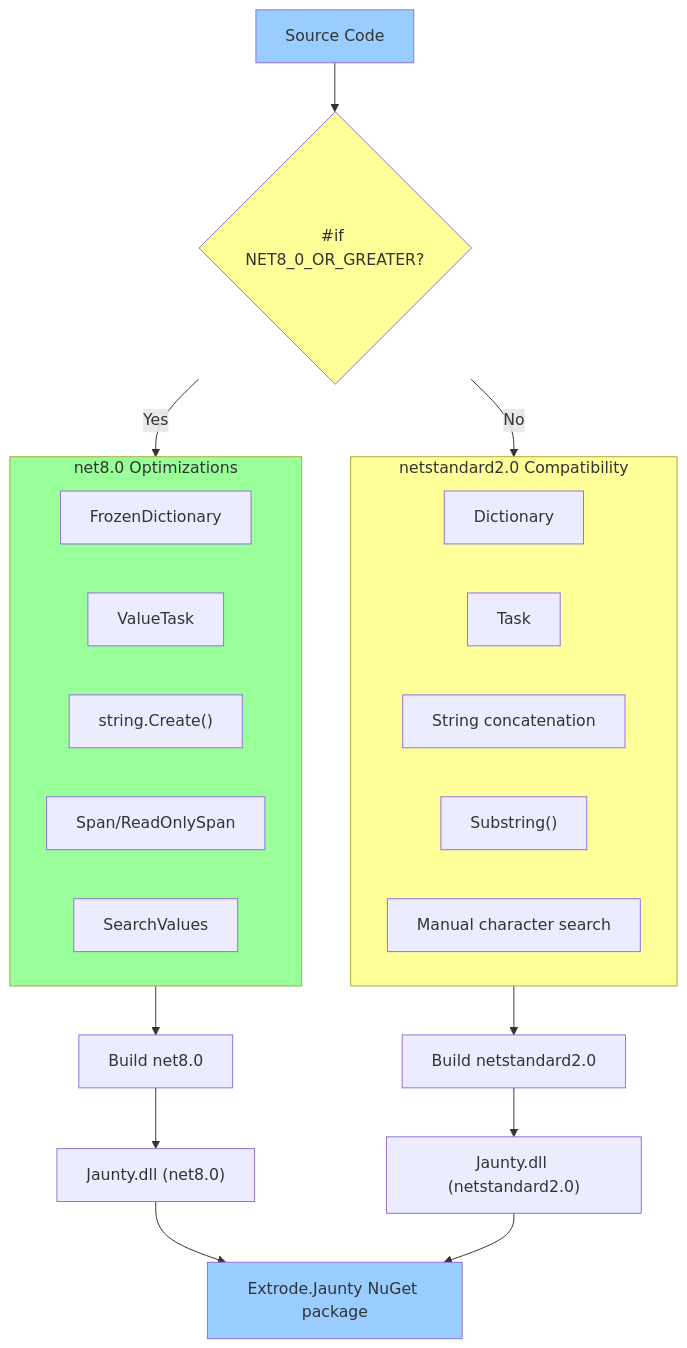
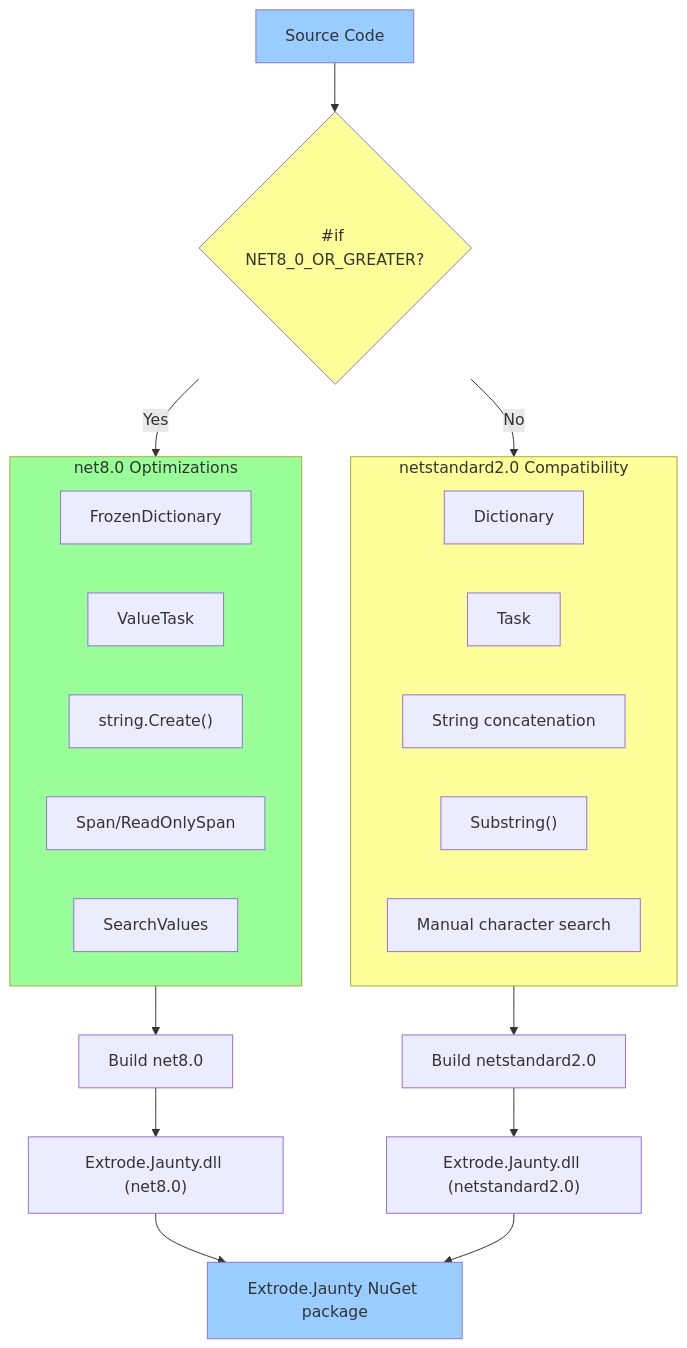
Before and after one commit to extrode/jaunty: the ninth of 9 diagrams in docs/02-architecture/architecture-visuals.md, drawn with Mermaid. The commit also changed other lines of this file and 77 other files, not shown here.

First line of the commit message:
docs: update Extrode.Jaunty.* code references, add breaking-change note

````diff
--- a/docs/02-architecture/architecture-visuals.md
+++ b/docs/02-architecture/architecture-visuals.md
@@ -347,38 +347,38 @@
 ```mermaid
 flowchart TB
     Source["Source Code"] --> Check{"#if NET8_0_OR_GREATER?"}
     
     Check -->|Yes| Modern["Modern APIs"]
     Check -->|No| Compat["Compatible APIs"]
     
     subgraph Modern ["net8.0 Optimizations"]
         M1["FrozenDictionary<K,V>"]
         M2["ValueTask<T>"]
         M3["string.Create()"]
         M4["Span<T>/ReadOnlySpan<T>"]
         M5["SearchValues<T>"]
     end
     
     subgraph Compat ["netstandard2.0 Compatibility"]
         C1["Dictionary<K,V>"]
         C2["Task<T>"]
         C3["String concatenation"]
         C4["Substring()"]
         C5["Manual character search"]
     end
     
     Modern --> Build8["Build net8.0"]
     Compat --> BuildStd["Build netstandard2.0"]
     
-    Build8 --> Pkg8["Jaunty.dll (net8.0)"]
-    BuildStd --> PkgStd["Jaunty.dll (netstandard2.0)"]
+    Build8 --> Pkg8["Extrode.Jaunty.dll (net8.0)"]
+    BuildStd --> PkgStd["Extrode.Jaunty.dll (netstandard2.0)"]
     
     Pkg8 --> NuGet["Extrode.Jaunty NuGet package"]
     PkgStd --> NuGet
     
     style Source fill:#9cf
     style Check fill:#ff9
     style Modern fill:#9f9
     style Compat fill:#ff9
     style NuGet fill:#9cf
 ```
````
